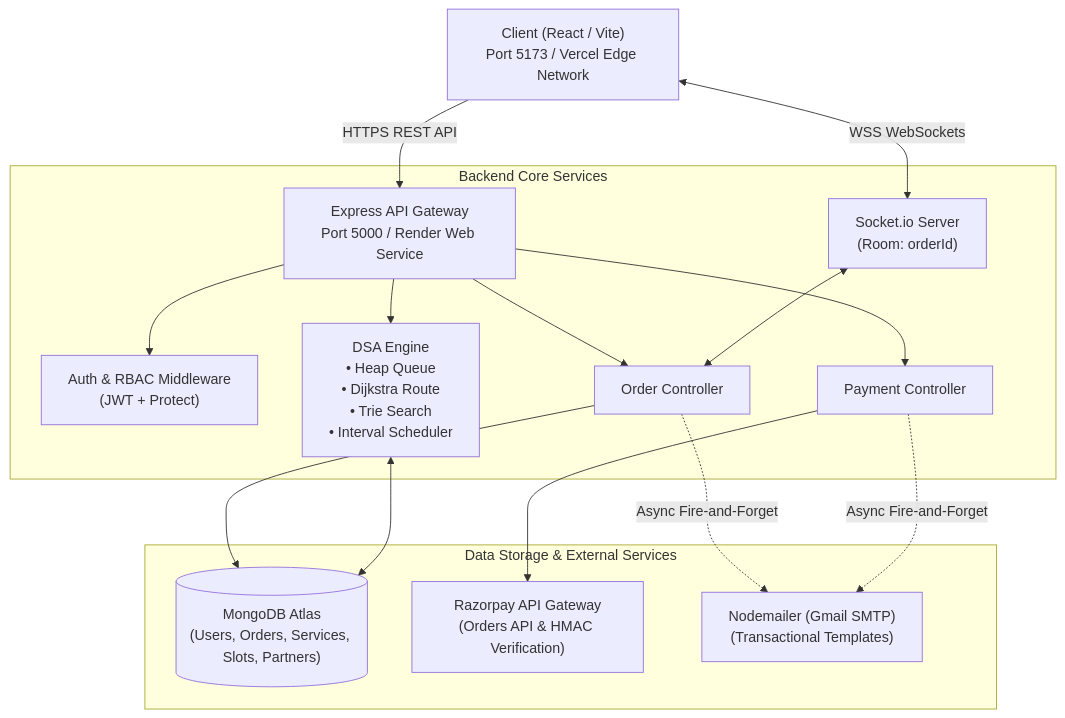
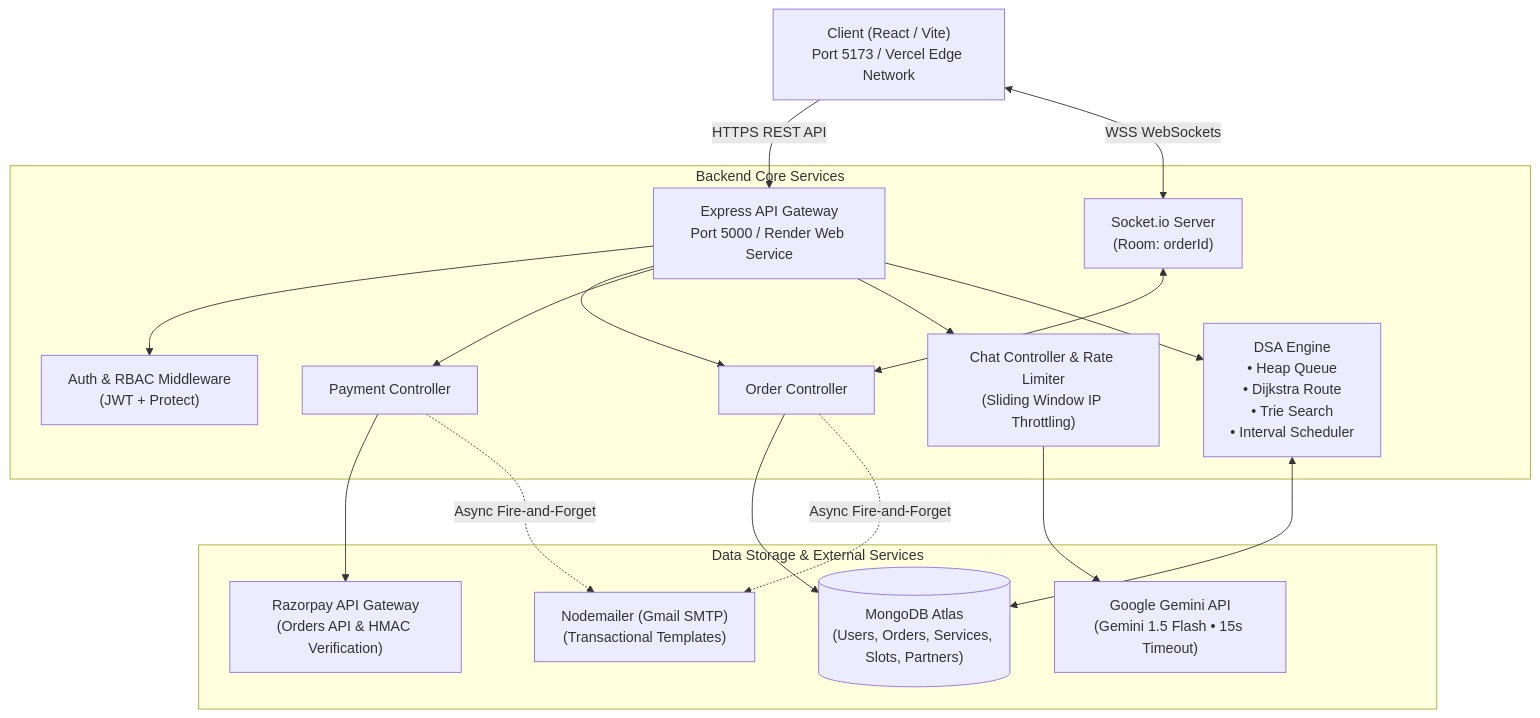
The first of 3 diagrams in ARCHITECTURE.md (imaniketrajput/laundryconnect), drawn with Mermaid before and after one commit. The commit also changed other lines of this file and 10 other files, not shown here.

````diff
--- a/ARCHITECTURE.md
+++ b/ARCHITECTURE.md
@@ -41,21 +43,23 @@
 ```mermaid
 graph TD
     Client["Client (React / Vite)<br/>Port 5173 / Vercel Edge Network"] -->|HTTPS REST API| API["Express API Gateway<br/>Port 5000 / Render Web Service"]
     Client <-->|WSS WebSockets| Sockets["Socket.io Server<br/>(Room: orderId)"]
 
     subgraph "Backend Core Services"
         API --> Auth["Auth & RBAC Middleware<br/>(JWT + Protect)"]
         API --> Orders["Order Controller"]
         API --> Payments["Payment Controller"]
+        API --> Chat["Chat Controller & Rate Limiter<br/>(Sliding Window IP Throttling)"]
         API --> DSA["DSA Engine<br/>• Heap Queue<br/>• Dijkstra Route<br/>• Trie Search<br/>• Interval Scheduler"]
         Sockets <--> Orders
     end
 
     subgraph "Data Storage & External Services"
         Orders --> Mongo[("MongoDB Atlas<br/>(Users, Orders, Services, Slots, Partners)")]
         DSA <--> Mongo
         Payments --> Razorpay["Razorpay API Gateway<br/>(Orders API & HMAC Verification)"]
+        Chat --> Gemini["Google Gemini API<br/>(Gemini 1.5 Flash • 15s Timeout)"]
         Orders -.->|Async Fire-and-Forget| Nodemailer["Nodemailer (Gmail SMTP)<br/>(Transactional Templates)"]
         Payments -.->|Async Fire-and-Forget| Nodemailer
     end
 ```
````
